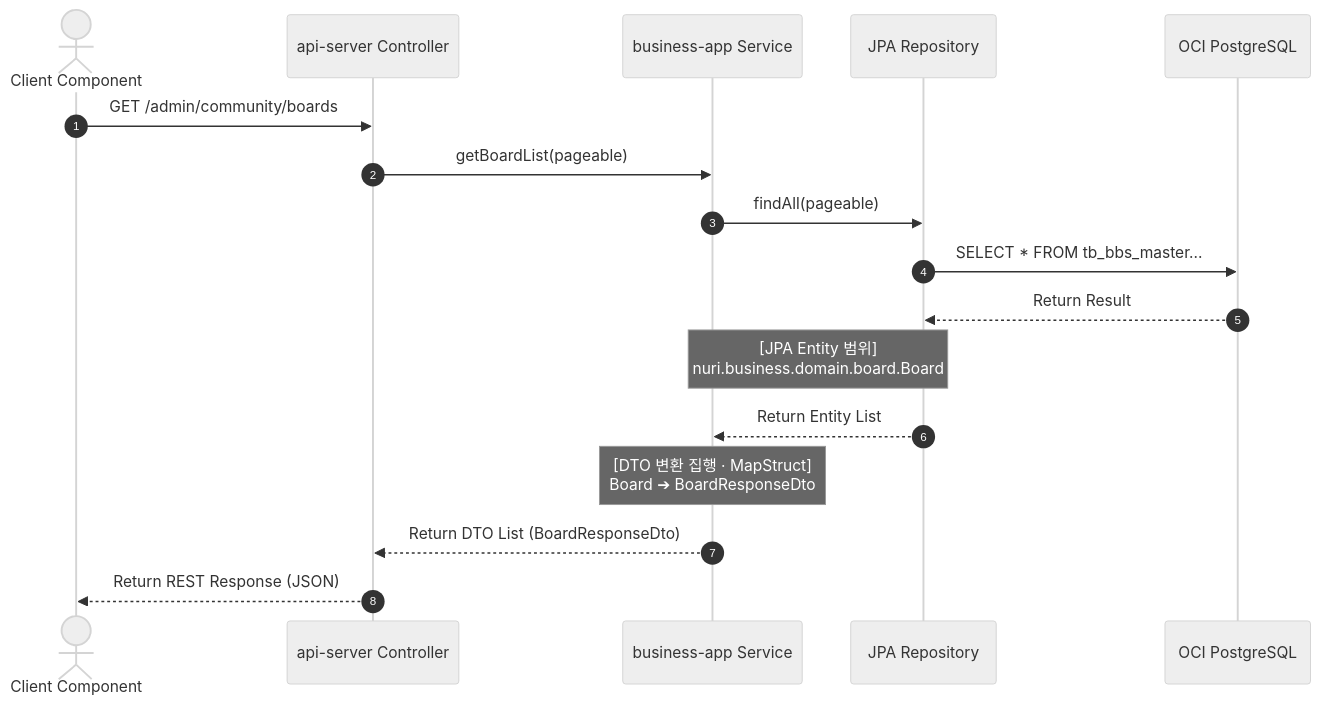
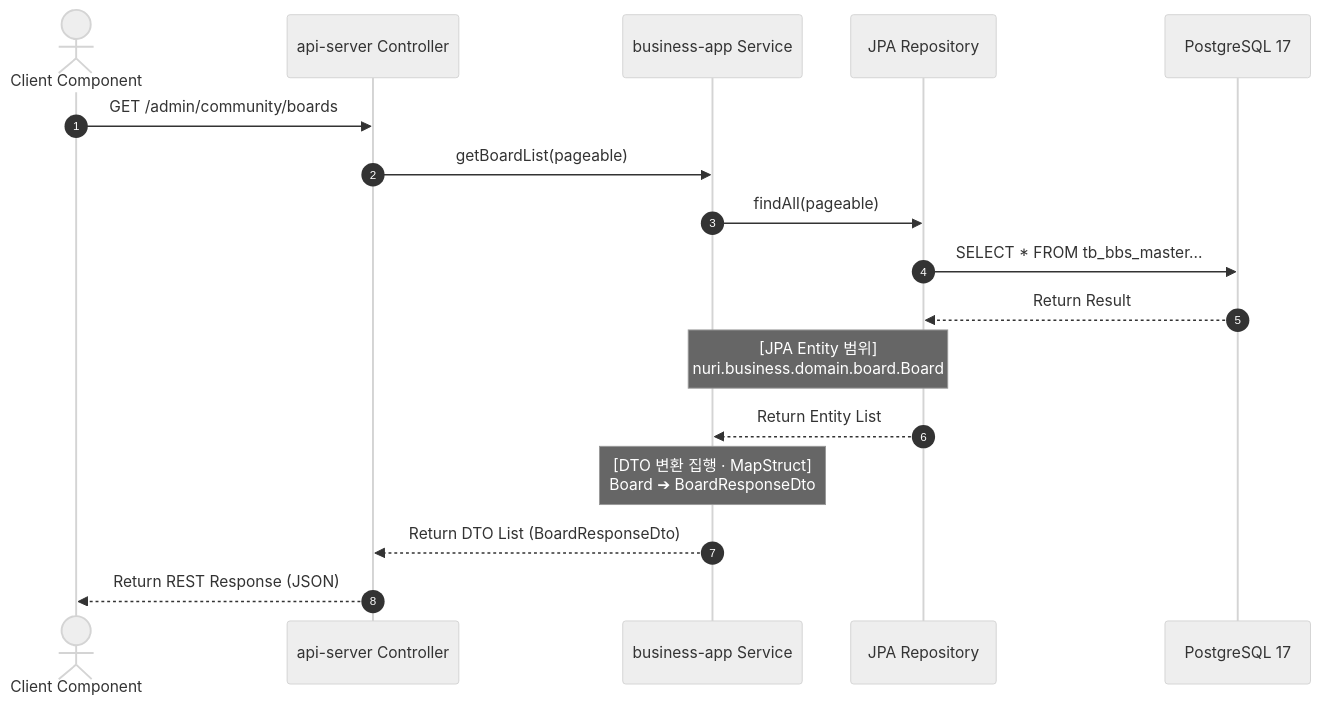
Before and after one commit to lkindo/egov-enterprise: the second of 2 diagrams in docs/02-architecture/backend-architecture.md, drawn with Mermaid (neutral theme). The commit also changed other lines of this file and 102 other files, not shown here.

````diff
--- a/docs/02-architecture/backend-architecture.md
+++ b/docs/02-architecture/backend-architecture.md
@@ -50,20 +50,20 @@
 ```mermaid
 sequenceDiagram
     autonumber
     actor Client as Client Component
     participant Ctrl as api-server Controller
     participant Svc as business-app Service
     participant Repo as JPA Repository
-    participant DB as OCI PostgreSQL
+    participant DB as PostgreSQL 17
 
     Client->>Ctrl: GET /admin/community/boards
     Ctrl->>Svc: getBoardList(pageable)
     Svc->>Repo: findAll(pageable)
     Repo->>DB: SELECT * FROM tb_bbs_master...
     DB-->>Repo: Return Result
     Note over Svc,Repo: [JPA Entity 범위]<br>nuri.business.domain.board.Board
     Repo-->>Svc: Return Entity List
     Note over Svc: [DTO 변환 집행 · MapStruct]<br>Board ➔ BoardResponseDto
     Svc-->>Ctrl: Return DTO List (BoardResponseDto)
     Ctrl-->>Client: Return REST Response (JSON)
 ```
````
